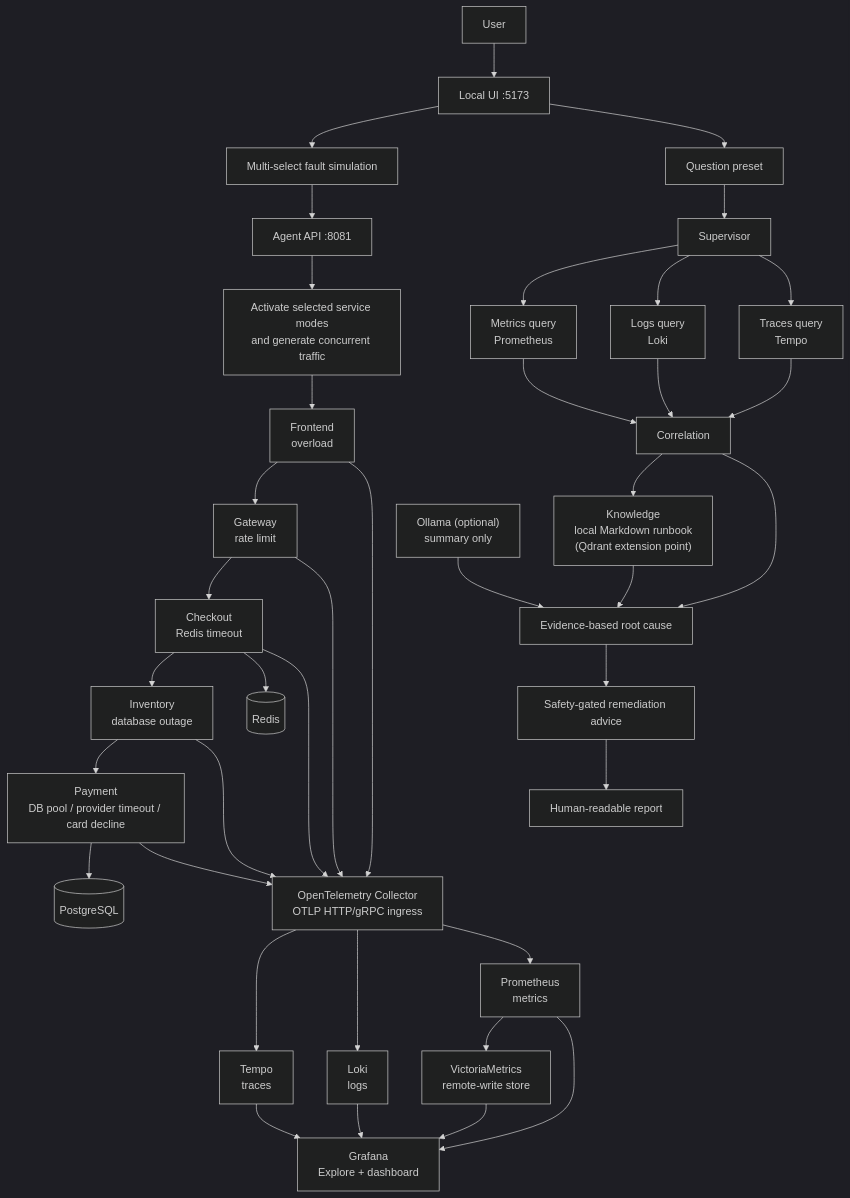
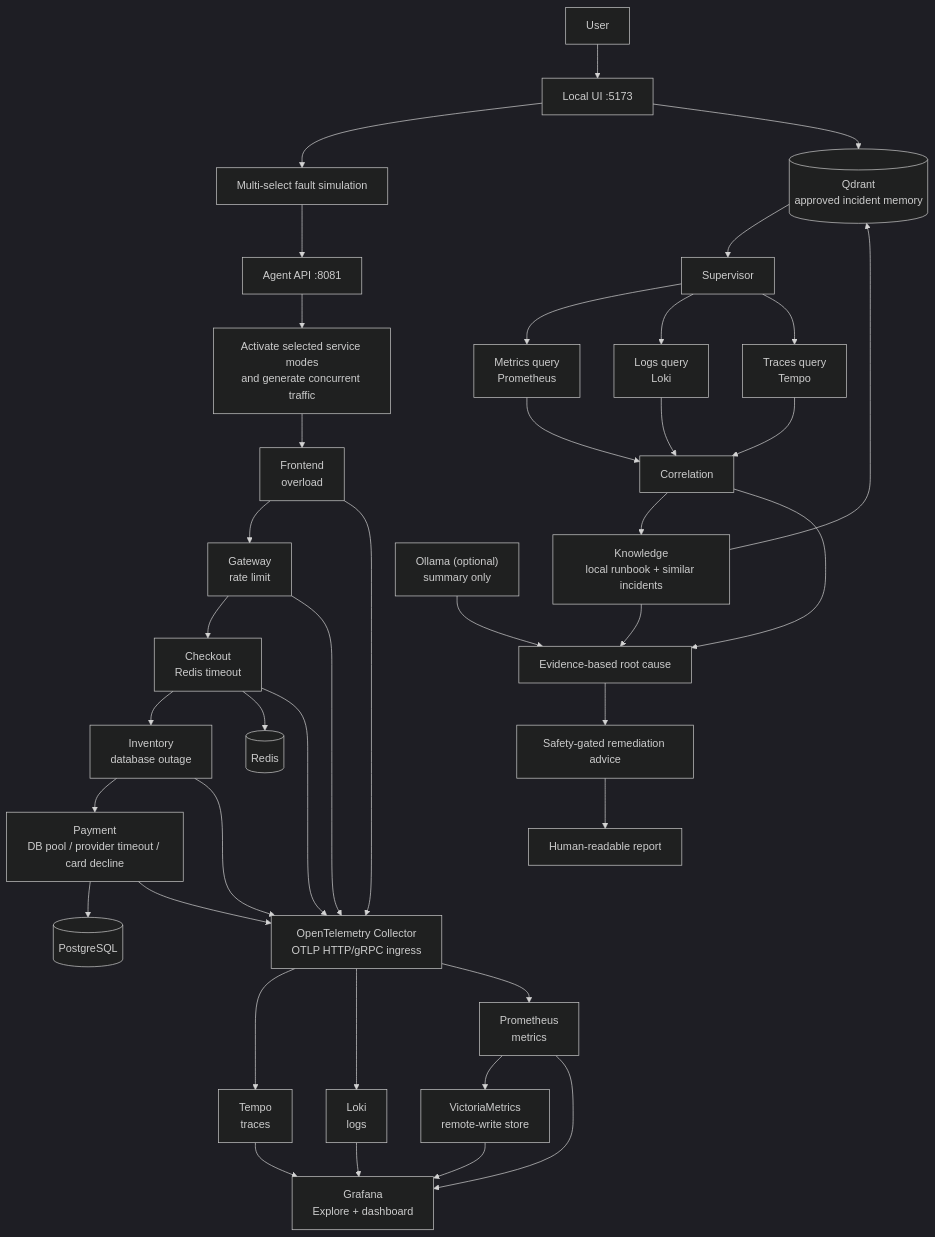
One commit to meSATYA/observability-with-ai-agents changed the diagram in docs/architecture.md. Above: the diagram before and after it, drawn with Mermaid (dark theme). The commit also changed other lines of this file and 7 other files, not shown here.

Commit message:
Add approved incident memory retrieval

````diff
--- a/docs/architecture.md
+++ b/docs/architecture.md
@@ -8,34 +9,35 @@
 ```mermaid
 flowchart TB
     U["User"] --> UI["Local UI :5173"]
     UI --> FS["Multi-select fault simulation"]
     FS --> API["Agent API :8081"]
     API --> CTRL["Activate selected service modes\nand generate concurrent traffic"]
 
     CTRL --> FE["Frontend\noverload"]
     FE --> GW["Gateway\nrate limit"]
     GW --> CO["Checkout\nRedis timeout"]
     CO --> IN["Inventory\ndatabase outage"]
     IN --> PA["Payment\nDB pool / provider timeout / card decline"]
     PA --> DB[("PostgreSQL")]
     CO --> R[("Redis")]
 
     FE & GW & CO & IN & PA --> OTEL["OpenTelemetry Collector\nOTLP HTTP/gRPC ingress"]
     OTEL --> TR["Tempo\ntraces"]
     OTEL --> LO["Loki\nlogs"]
     OTEL --> PR["Prometheus\nmetrics"]
     PR --> VM["VictoriaMetrics\nremote-write store"]
     TR & LO & PR & VM --> GF["Grafana\nExplore + dashboard"]
 
     UI --> Q["Question preset"]
     Q --> SUP["Supervisor"]
     SUP --> MA["Metrics query\nPrometheus"]
     SUP --> LA["Logs query\nLoki"]
     SUP --> TA["Traces query\nTempo"]
     MA & LA & TA --> CA["Correlation"]
-    CA --> KA["Knowledge\nlocal Markdown runbook\n(Qdrant extension point)"]
+    CA --> KA["Knowledge\nlocal runbook + similar incidents"]
+    KA --> Q[("Qdrant\napproved incident memory")]
     CA & KA --> RCA["Evidence-based root cause"]
     RCA --> RA["Safety-gated remediation advice"]
     RA --> REP["Human-readable report"]
     OL["Ollama (optional)\nsummary only"] --> RCA
 ```
````
